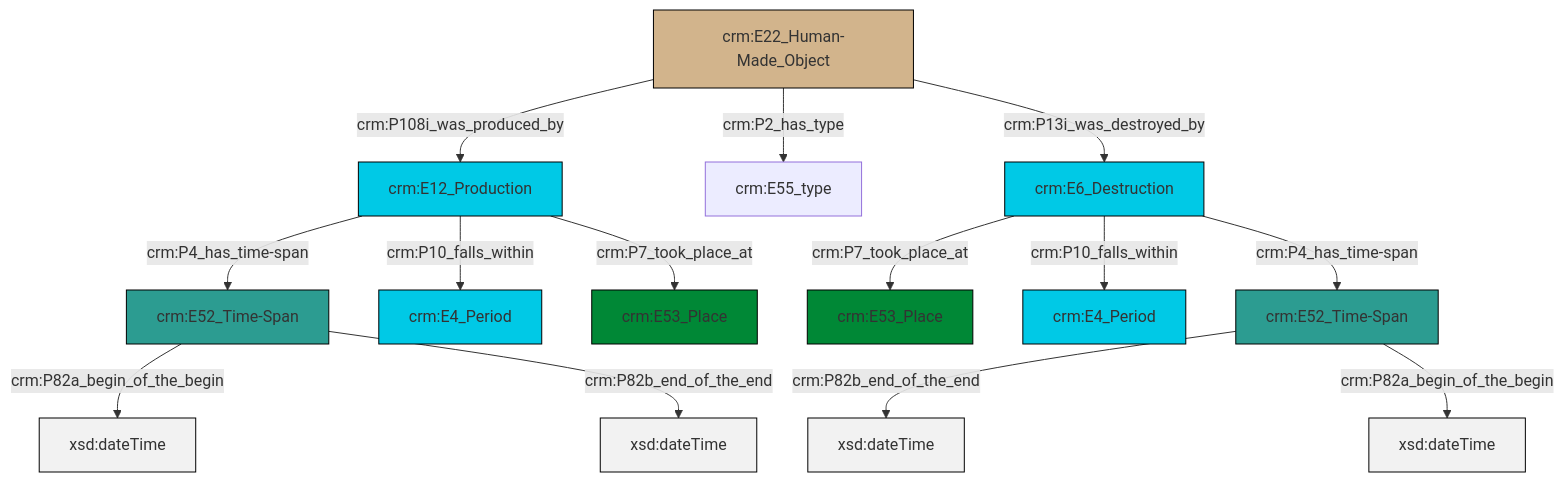
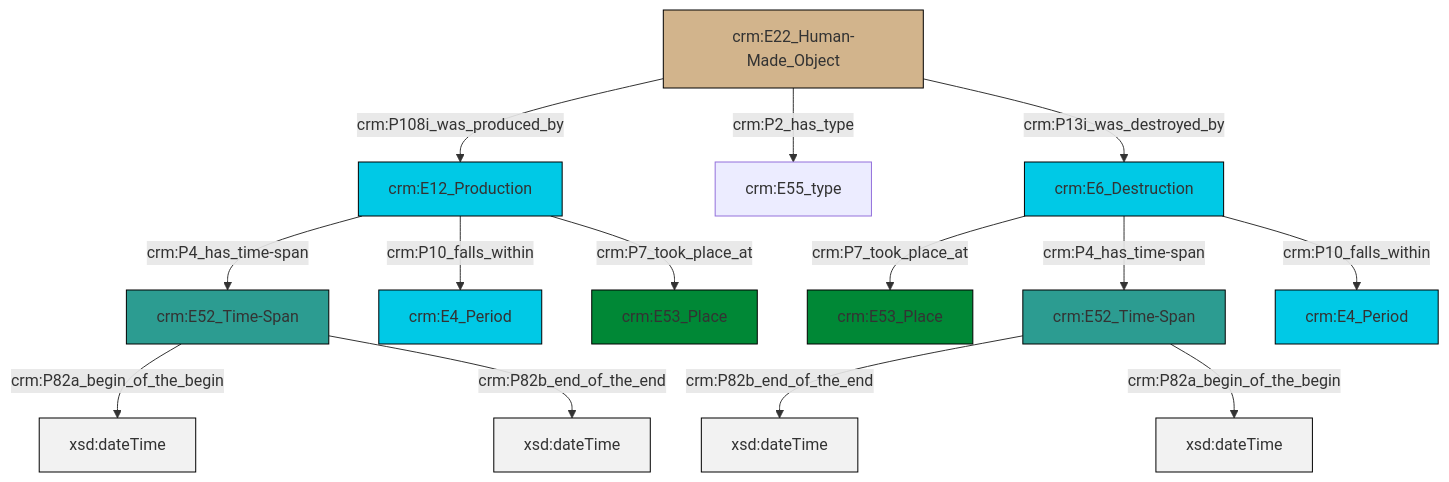
The diagram in et/artworkCSV/ttl/mmd/Artwork_Existence.ttl.mmd (swiss-art-research-net/docs.swissartresearch), drawn with Mermaid before and after one commit. The commit also changed 175 other files, not shown here.

```diff
--- a/et/artworkCSV/ttl/mmd/Artwork_Existence.ttl.mmd
+++ b/et/artworkCSV/ttl/mmd/Artwork_Existence.ttl.mmd
@@ -1,28 +1,28 @@
 graph TD
 classDef Literal fill:#f2f2f2,stroke:#000000;
 classDef CRM_Entity fill:#FFFFFF,stroke:#000000;
 classDef Temporal_Entity fill:#00C9E6, stroke:#000000;
 classDef Type fill:#E18312, stroke:#000000;
 classDef Time-Span fill:#2C9C91, stroke:#000000;
 classDef Appellation fill:#FFEB7F, stroke:#000000;
 classDef Place fill:#008836, stroke:#000000;
 classDef Persistent_Item fill:#B266B2, stroke:#000000;
 classDef Conceptual_Object fill:#FFD700, stroke:#000000;
 classDef Physical_Thing fill:#D2B48C, stroke:#000000;
 classDef Actor fill:#f58aad, stroke:#000000;
 classDef PC_Classes fill:#4ce600, stroke:#000000;
 classDef Multi fill:#cccccc,stroke:#000000;
 
-0["crm:E12_Production"]:::Temporal_Entity -->|crm:P4_has_time-span| 1["crm:E52_Time-Span"]:::Time-Span
-1["crm:E52_Time-Span"]:::Time-Span -->|crm:P82a_begin_of_the_begin| 4[xsd:dateTime]:::Literal
-5["crm:E52_Time-Span"]:::Time-Span -->|crm:P82b_end_of_the_end| 6[xsd:dateTime]:::Literal
-0["crm:E12_Production"]:::Temporal_Entity -->|crm:P10_falls_within| 7["crm:E4_Period"]:::Temporal_Entity
-0["crm:E12_Production"]:::Temporal_Entity -->|crm:P7_took_place_at| 8["crm:E53_Place"]:::Place
-1["crm:E52_Time-Span"]:::Time-Span -->|crm:P82b_end_of_the_end| 9[xsd:dateTime]:::Literal
-2["crm:E22_Human-Made_Object"]:::Physical_Thing -->|crm:P108i_was_produced_by| 0["crm:E12_Production"]:::Temporal_Entity
-2["crm:E22_Human-Made_Object"]:::Physical_Thing -->|crm:P2_has_type| 15["crm:E55_type"]:::Default
-2["crm:E22_Human-Made_Object"]:::Physical_Thing -->|crm:P13i_was_destroyed_by| 10["crm:E6_Destruction"]:::Temporal_Entity
-10["crm:E6_Destruction"]:::Temporal_Entity -->|crm:P7_took_place_at| 12["crm:E53_Place"]:::Place
-10["crm:E6_Destruction"]:::Temporal_Entity -->|crm:P10_falls_within| 19["crm:E4_Period"]:::Temporal_Entity
-5["crm:E52_Time-Span"]:::Time-Span -->|crm:P82a_begin_of_the_begin| 21[xsd:dateTime]:::Literal
-10["crm:E6_Destruction"]:::Temporal_Entity -->|crm:P4_has_time-span| 5["crm:E52_Time-Span"]:::Time-Span
+0["crm:E52_Time-Span"]:::Time-Span -->|crm:P82a_begin_of_the_begin| 1[xsd:dateTime]:::Literal
+2["crm:E6_Destruction"]:::Temporal_Entity -->|crm:P7_took_place_at| 3["crm:E53_Place"]:::Place
+4["crm:E22_Human-Made_Object"]:::Physical_Thing -->|crm:P108i_was_produced_by| 5["crm:E12_Production"]:::Temporal_Entity
+5["crm:E12_Production"]:::Temporal_Entity -->|crm:P4_has_time-span| 0["crm:E52_Time-Span"]:::Time-Span
+0["crm:E52_Time-Span"]:::Time-Span -->|crm:P82b_end_of_the_end| 7[xsd:dateTime]:::Literal
+5["crm:E12_Production"]:::Temporal_Entity -->|crm:P10_falls_within| 8["crm:E4_Period"]:::Temporal_Entity
+9["crm:E52_Time-Span"]:::Time-Span -->|crm:P82b_end_of_the_end| 10[xsd:dateTime]:::Literal
+2["crm:E6_Destruction"]:::Temporal_Entity -->|crm:P4_has_time-span| 9["crm:E52_Time-Span"]:::Time-Span
+2["crm:E6_Destruction"]:::Temporal_Entity -->|crm:P10_falls_within| 16["crm:E4_Period"]:::Temporal_Entity
+5["crm:E12_Production"]:::Temporal_Entity -->|crm:P7_took_place_at| 18["crm:E53_Place"]:::Place
+4["crm:E22_Human-Made_Object"]:::Physical_Thing -->|crm:P2_has_type| 12["crm:E55_type"]:::Default
+4["crm:E22_Human-Made_Object"]:::Physical_Thing -->|crm:P13i_was_destroyed_by| 2["crm:E6_Destruction"]:::Temporal_Entity
+9["crm:E52_Time-Span"]:::Time-Span -->|crm:P82a_begin_of_the_begin| 20[xsd:dateTime]:::Literal
```
